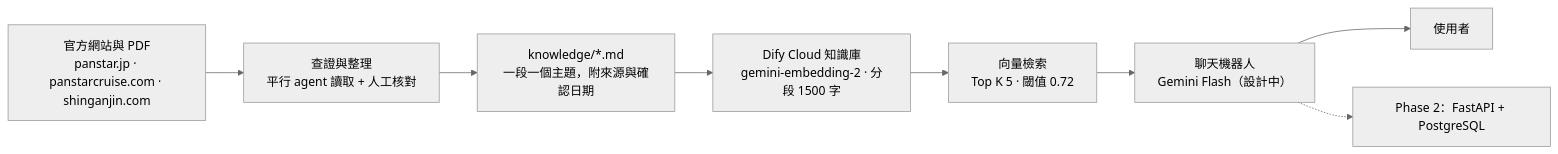
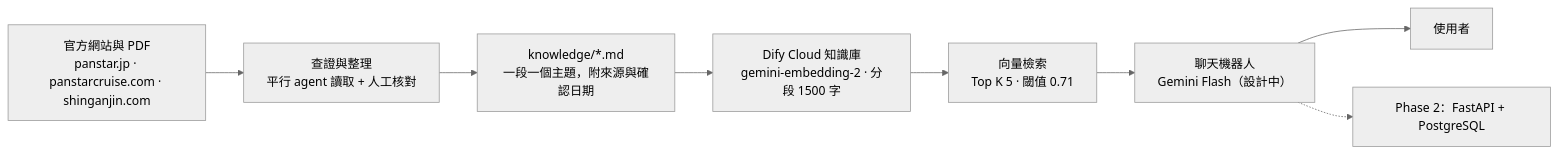
One commit to atsushigo/japan-ferry-kb changed the first of 2 diagrams in README.md. Above: the diagram before and after it, drawn with Mermaid (neutral theme). The commit also changed other lines of this file and 29 other files, not shown here.

````diff
--- a/README.md
+++ b/README.md
@@ -20,10 +23,10 @@
 ```mermaid
 flowchart LR
   A["官方網站與 PDF<br/>panstar.jp · panstarcruise.com · shinganjin.com"] --> B["查證與整理<br/>平行 agent 讀取 + 人工核對"]
   B --> C["knowledge/*.md<br/>一段一個主題，附來源與確認日期"]
   C --> D["Dify Cloud 知識庫<br/>gemini-embedding-2 · 分段 1500 字"]
-  D --> E["向量檢索<br/>Top K 5 · 閾值 0.72"]
+  D --> E["向量檢索<br/>Top K 5 · 閾值 0.71"]
   E --> F["聊天機器人<br/>Gemini Flash（設計中）"]
   F --> G["使用者"]
   F -.-> H["Phase 2：FastAPI + PostgreSQL"]
 ```
````
